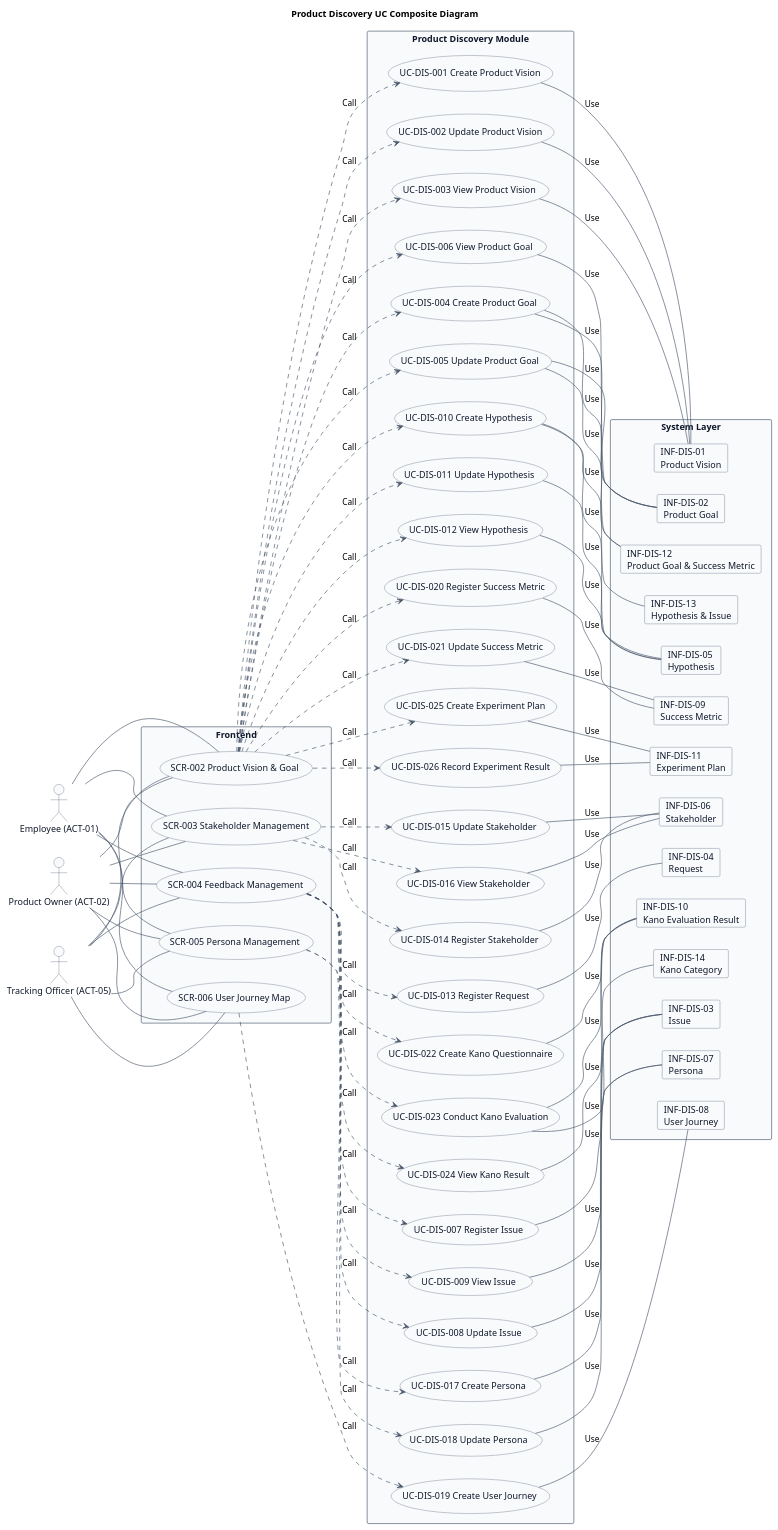
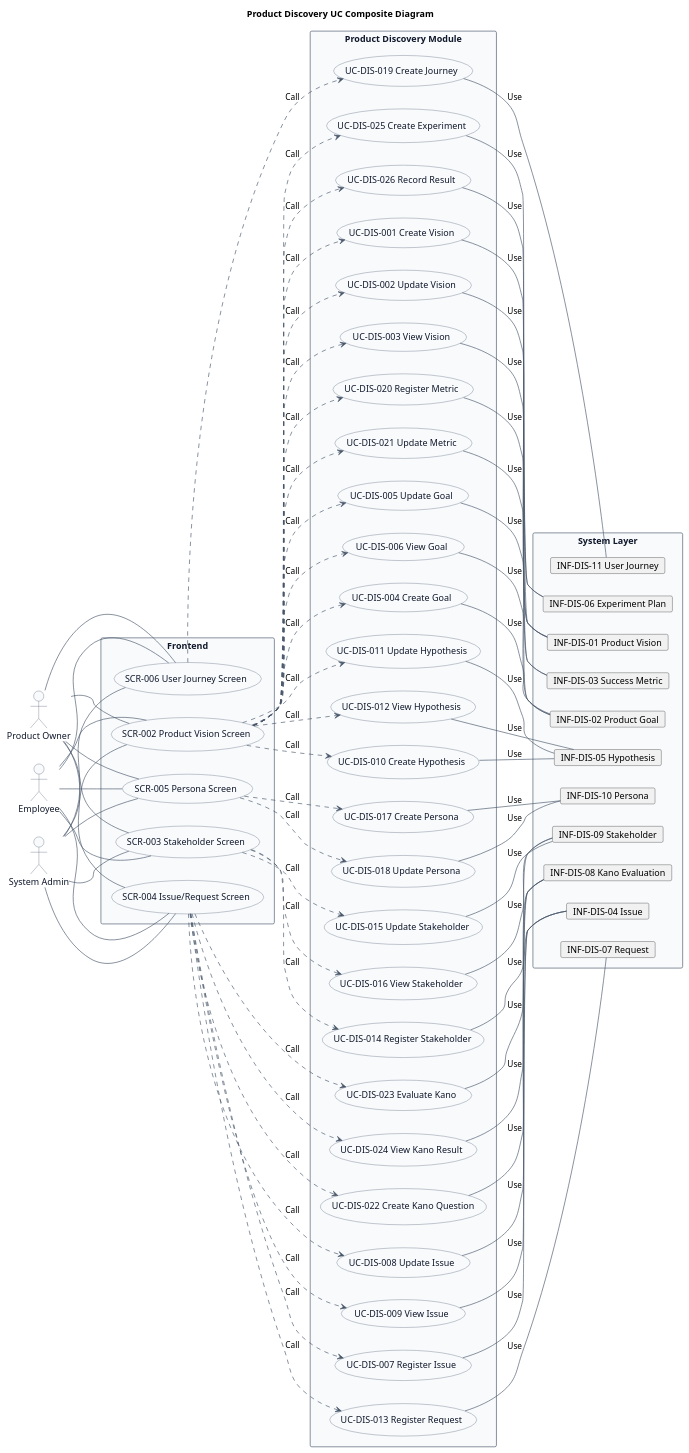
One commit to mizo432/modulith-learning changed the first of 2 diagrams in docs/22 要件定義書/AG アジルーム/03 機能要件/AG-01 プロダクトディスカバリー/03.システム境界/UC複合図.md. Above: the diagram before and after it, drawn with PlantUML. The commit also changed other lines of this file and 884 other files, not shown here.

````diff
--- a/docs/22 要件定義書/AG アジルーム/03 機能要件/AG-01 プロダクトディスカバリー/03.システム境界/UC複合図.md
+++ b/docs/22 要件定義書/AG アジルーム/03 機能要件/AG-01 プロダクトディスカバリー/03.システム境界/UC複合図.md
@@ -28,33 +29,28 @@
   BorderColor #475569
   FontColor #0F172A
 }
-skinparam card {
-  BackgroundColor #F8FAFC
-  BorderColor #475569
-  FontColor #0F172A
-}
 skinparam arrowColor #475569
 skinparam shadowing false
 
-actor "Employee (ACT-01)" as ACT01
-actor "Product Owner (ACT-02)" as ACT02
-actor "Tracking Officer (ACT-05)" as ACT05
+actor "Product Owner" as PO
+actor "Employee" as Emp
+actor "System Admin" as Admin
 
 rectangle "Frontend" {
-  usecase "SCR-002 Product Vision & Goal" as SCR002
-  usecase "SCR-003 Stakeholder Management" as SCR003
-  usecase "SCR-004 Feedback Management" as SCR004
-  usecase "SCR-005 Persona Management" as SCR005
-  usecase "SCR-006 User Journey Map" as SCR006
+  usecase "SCR-002 Product Vision Screen" as SCR002
+  usecase "SCR-003 Stakeholder Screen" as SCR003
+  usecase "SCR-004 Issue/Request Screen" as SCR004
+  usecase "SCR-005 Persona Screen" as SCR005
+  usecase "SCR-006 User Journey Screen" as SCR006
 }
 
 rectangle "Product Discovery Module" {
-  usecase "UC-DIS-001 Create Product Vision" as UC001
-  usecase "UC-DIS-002 Update Product Vision" as UC002
-  usecase "UC-DIS-003 View Product Vision" as UC003
-  usecase "UC-DIS-004 Create Product Goal" as UC004
-  usecase "UC-DIS-005 Update Product Goal" as UC005
-  usecase "UC-DIS-006 View Product Goal" as UC006
+  usecase "UC-DIS-001 Create Vision" as UC001
+  usecase "UC-DIS-002 Update Vision" as UC002
+  usecase "UC-DIS-003 View Vision" as UC003
+  usecase "UC-DIS-004 Create Goal" as UC004
+  usecase "UC-DIS-005 Update Goal" as UC005
+  usecase "UC-DIS-006 View Goal" as UC006
   usecase "UC-DIS-007 Register Issue" as UC007
   usecase "UC-DIS-008 Update Issue" as UC008
   usecase "UC-DIS-009 View Issue" as UC009
@@ -67,48 +63,45 @@
   usecase "UC-DIS-016 View Stakeholder" as UC016
   usecase "UC-DIS-017 Create Persona" as UC017
   usecase "UC-DIS-018 Update Persona" as UC018
-  usecase "UC-DIS-019 Create User Journey" as UC019
-  usecase "UC-DIS-020 Register Success Metric" as UC020
-  usecase "UC-DIS-021 Update Success Metric" as UC021
-  usecase "UC-DIS-022 Create Kano Questionnaire" as UC022
-  usecase "UC-DIS-023 Conduct Kano Evaluation" as UC023
+  usecase "UC-DIS-019 Create Journey" as UC019
+  usecase "UC-DIS-020 Register Metric" as UC020
+  usecase "UC-DIS-021 Update Metric" as UC021
+  usecase "UC-DIS-022 Create Kano Question" as UC022
+  usecase "UC-DIS-023 Evaluate Kano" as UC023
   usecase "UC-DIS-024 View Kano Result" as UC024
-  usecase "UC-DIS-025 Create Experiment Plan" as UC025
-  usecase "UC-DIS-026 Record Experiment Result" as UC026
+  usecase "UC-DIS-025 Create Experiment" as UC025
+  usecase "UC-DIS-026 Record Result" as UC026
 }
 
 rectangle "System Layer" {
-  card "INF-DIS-01\nProduct Vision" as INF01
-  card "INF-DIS-02\nProduct Goal" as INF02
-  card "INF-DIS-03\nIssue" as INF03
-  card "INF-DIS-04\nRequest" as INF04
-  card "INF-DIS-05\nHypothesis" as INF05
-  card "INF-DIS-06\nStakeholder" as INF06
-  card "INF-DIS-07\nPersona" as INF07
-  card "INF-DIS-08\nUser Journey" as INF08
-  card "INF-DIS-09\nSuccess Metric" as INF09
-  card "INF-DIS-10\nKano Evaluation Result" as INF10
-  card "INF-DIS-11\nExperiment Plan" as INF11
-  card "INF-DIS-12\nProduct Goal & Success Metric" as INF12
-  card "INF-DIS-13\nHypothesis & Issue" as INF13
-  card "INF-DIS-14\nKano Category" as INF14
+  card "INF-DIS-01 Product Vision" as INF01
+  card "INF-DIS-02 Product Goal" as INF02
+  card "INF-DIS-03 Success Metric" as INF03
+  card "INF-DIS-04 Issue" as INF04
+  card "INF-DIS-05 Hypothesis" as INF05
+  card "INF-DIS-06 Experiment Plan" as INF06
+  card "INF-DIS-07 Request" as INF07
+  card "INF-DIS-08 Kano Evaluation" as INF08
+  card "INF-DIS-09 Stakeholder" as INF09
+  card "INF-DIS-10 Persona" as INF10
+  card "INF-DIS-11 User Journey" as INF11
 }
 
-ACT02 -- SCR002
-ACT02 -- SCR003
-ACT01 -- SCR004
-ACT02 -- SCR004
-ACT02 -- SCR005
-ACT02 -- SCR006
-ACT01 -- SCR002
-ACT05 -- SCR002
-ACT01 -- SCR003
-ACT05 -- SCR003
-ACT05 -- SCR004
-ACT01 -- SCR005
-ACT05 -- SCR005
-ACT01 -- SCR006
-ACT05 -- SCR006
+PO -- SCR002
+PO -- SCR003
+PO -- SCR004
+PO -- SCR005
+PO -- SCR006
+Emp -- SCR002
+Emp -- SCR003
+Emp -- SCR004
+Emp -- SCR005
+Emp -- SCR006
+Admin -- SCR002
+Admin -- SCR003
+Admin -- SCR004
+Admin -- SCR005
+Admin -- SCR006
 
 SCR002 ..> UC001 : Call
 SCR002 ..> UC002 : Call
@@ -147,30 +140,26 @@
 UC004 -- INF02 : Use
 UC005 -- INF02 : Use
 UC006 -- INF02 : Use
-UC007 -- INF03 : Use
-UC008 -- INF03 : Use
-UC009 -- INF03 : Use
+UC007 -- INF04 : Use
+UC008 -- INF04 : Use
+UC009 -- INF04 : Use
 UC010 -- INF05 : Use
 UC011 -- INF05 : Use
 UC012 -- INF05 : Use
-UC013 -- INF04 : Use
-UC014 -- INF06 : Use
-UC015 -- INF06 : Use
-UC016 -- INF06 : Use
-UC017 -- INF07 : Use
-UC018 -- INF07 : Use
-UC019 -- INF08 : Use
-UC020 -- INF09 : Use
-UC021 -- INF09 : Use
-UC022 -- INF10 : Use
-UC023 -- INF10 : Use
-UC024 -- INF10 : Use
-UC025 -- INF11 : Use
-UC026 -- INF11 : Use
+UC013 -- INF07 : Use
+UC014 -- INF09 : Use
+UC015 -- INF09 : Use
+UC016 -- INF09 : Use
+UC017 -- INF10 : Use
+UC018 -- INF10 : Use
+UC019 -- INF11 : Use
+UC020 -- INF03 : Use
+UC021 -- INF03 : Use
+UC022 -- INF08 : Use
+UC023 -- INF08 : Use
+UC024 -- INF08 : Use
+UC025 -- INF06 : Use
+UC026 -- INF06 : Use
 
-UC004 -- INF12 : Use
-UC005 -- INF12 : Use
-UC010 -- INF13 : Use
-UC023 -- INF14 : Use
 @enduml
 ```
````
